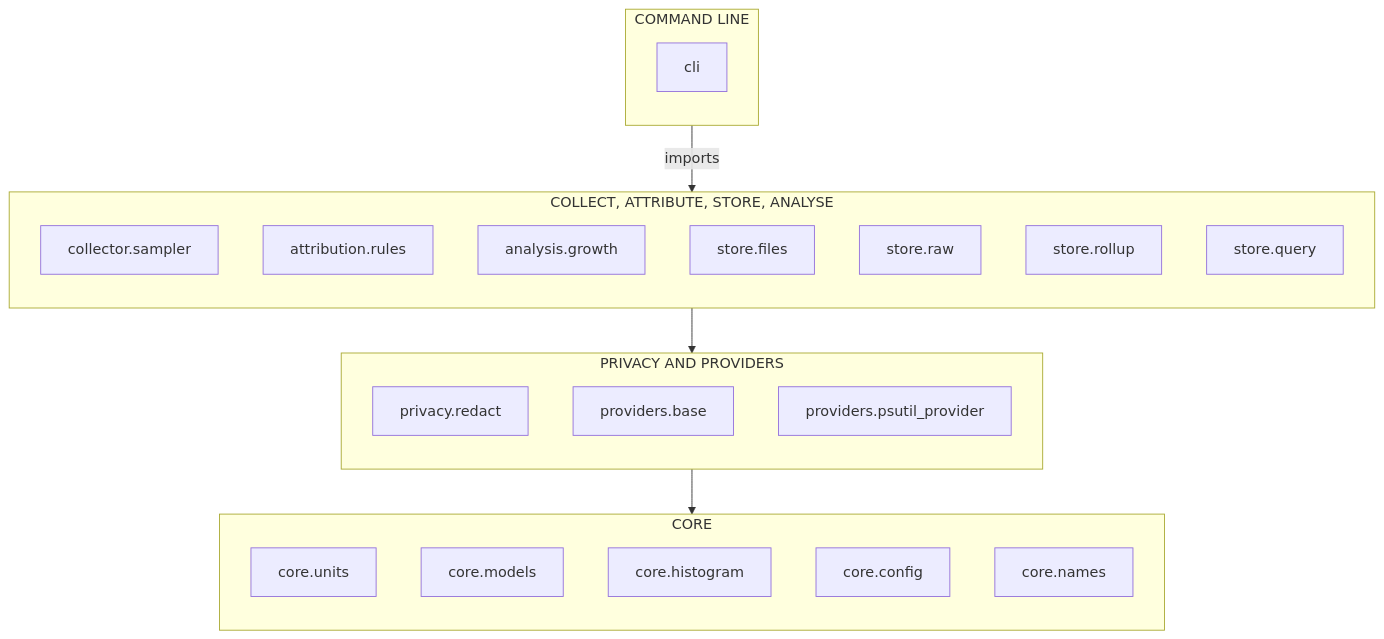
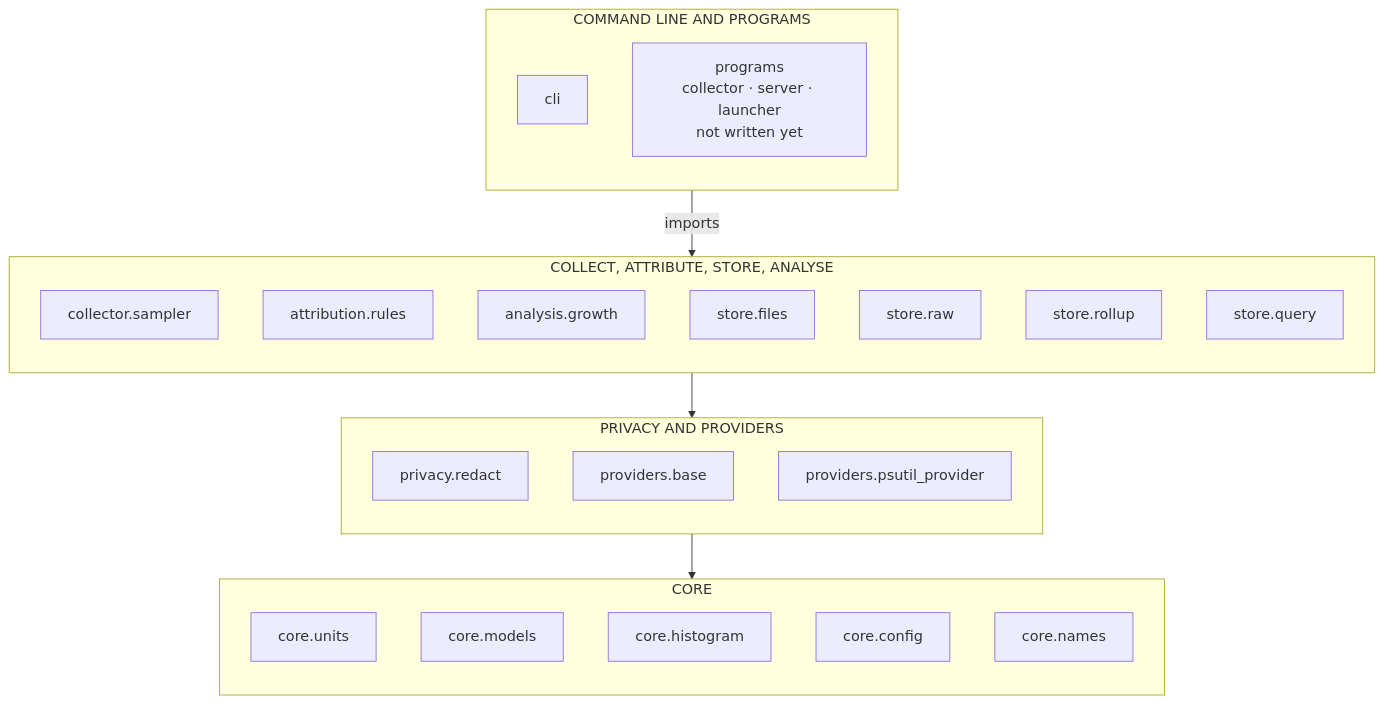
Before and after one commit to therealestmatthew/submeter-pc-monitor: the diagram in docs/14-baseline-modules.md, drawn with Mermaid. The commit also changed other lines of this file and 1 other file, not shown here.

First line of the commit message:
R108: Put the running loops in layer-3 programs beside cli

````diff
--- a/docs/14-baseline-modules.md
+++ b/docs/14-baseline-modules.md
@@ -19,34 +19,35 @@
 ```mermaid
 flowchart TD
-    subgraph l3["COMMAND LINE"]
+    subgraph l3["COMMAND LINE AND PROGRAMS"]
         direction TB
         cli["cli"]
+        programs["programs<br/>collector · server · launcher<br/>not written yet"]
     end
     subgraph l2["COLLECT, ATTRIBUTE, STORE, ANALYSE"]
         direction TB
         sampler["collector.sampler"]
         rules["attribution.rules"]
         growth["analysis.growth"]
         files["store.files"]
         raw["store.raw"]
         rollup["store.rollup"]
         query["store.query"]
     end
     subgraph l1["PRIVACY AND PROVIDERS"]
         direction TB
         redact["privacy.redact"]
         base["providers.base"]
         psutil["providers.psutil_provider"]
     end
     subgraph l0["CORE"]
         direction TB
         units["core.units"]
         models["core.models"]
         histogram["core.histogram"]
         config["core.config"]
         names["core.names"]
     end
     l3 -->|imports| l2
     l2 --> l1
     l1 --> l0
 ```
````
